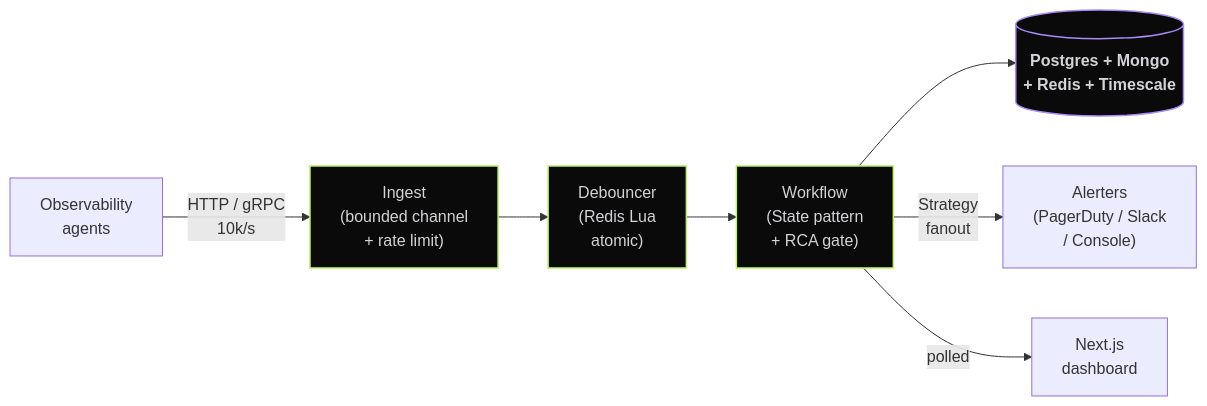
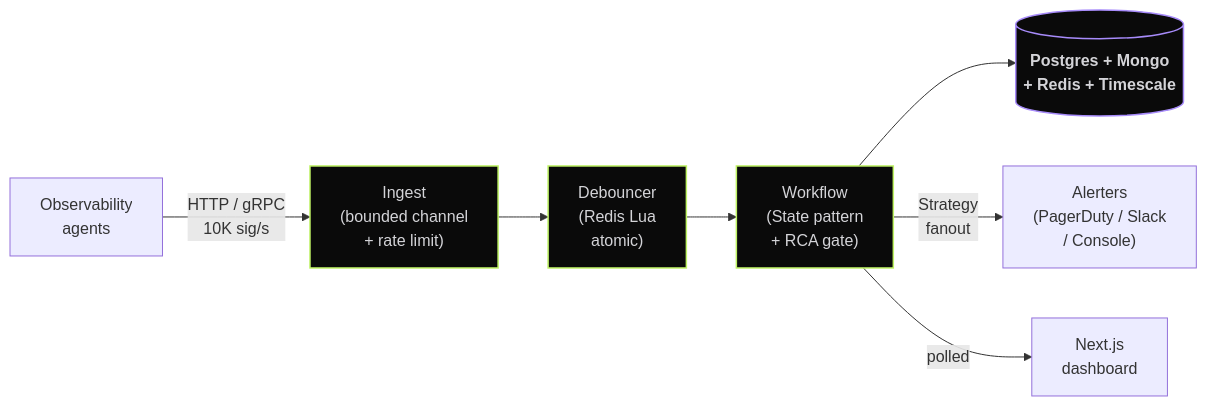
One commit to kubeboiii/vellum changed the diagram in README.md. Above: the diagram before and after it, drawn with Mermaid. The commit also changed other lines of this file, not shown here.

````diff
--- a/README.md
+++ b/README.md
@@ -7,14 +54,14 @@
 ```mermaid
 flowchart LR
-    src["Observability<br/>agents"] -- "HTTP / gRPC<br/>10k/s" --> ingest["Ingest<br/>(bounded channel<br/>+ rate limit)"]
+    src["Observability<br/>agents"] -- "HTTP / gRPC<br/>10K sig/s" --> ingest["Ingest<br/>(bounded channel<br/>+ rate limit)"]
     ingest --> debounce["Debouncer<br/>(Redis Lua<br/>atomic)"]
     debounce --> wf["Workflow<br/>(State pattern<br/>+ RCA gate)"]
     wf --> stores[("<b>Postgres + Mongo<br/>+ Redis + Timescale</b>")]
     wf -- "Strategy<br/>fanout" --> alert["Alerters<br/>(PagerDuty / Slack<br/>/ Console)"]
     wf -- "polled" --> dash["Next.js<br/>dashboard"]
 
     classDef proc fill:#0a0a0a,stroke:#bef264,stroke-width:1.5px,color:#d4d4d8
     classDef store fill:#0a0a0a,stroke:#a78bfa,stroke-width:1.5px,color:#d4d4d8
     class ingest,debounce,wf proc
     class stores store
 ```
````
